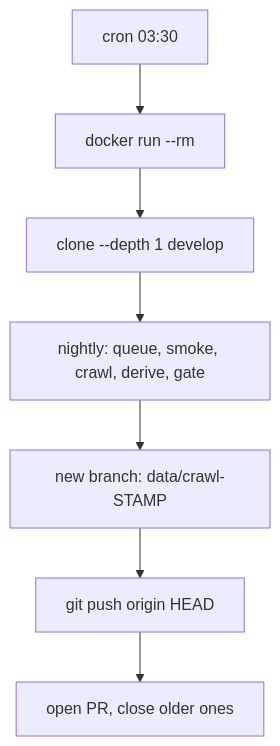
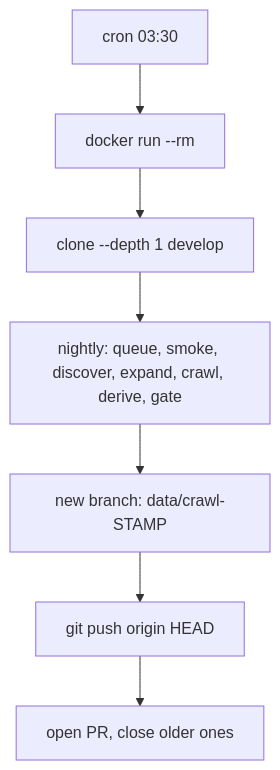
One commit to MatiasAgelvis/starisk changed the diagram in ops/README.md. Above: the diagram before and after it, drawn with Mermaid. The commit also changed other lines of this file, not shown here.

Commit message:
docs(ops): document nightly program discovery

````diff
--- a/ops/README.md
+++ b/ops/README.md
@@ -13,9 +13,9 @@
 ```mermaid
 graph TD
     A[cron 03:30] --> B[docker run --rm]
     B --> C[clone --depth 1 develop]
-    C --> D[nightly: queue, smoke, crawl, derive, gate]
+    C --> D[nightly: queue, smoke, discover, expand, crawl, derive, gate]
     D --> E[new branch: data/crawl-STAMP]
     E --> F[git push origin HEAD]
     F --> G[open PR, close older ones]
 ```
````
